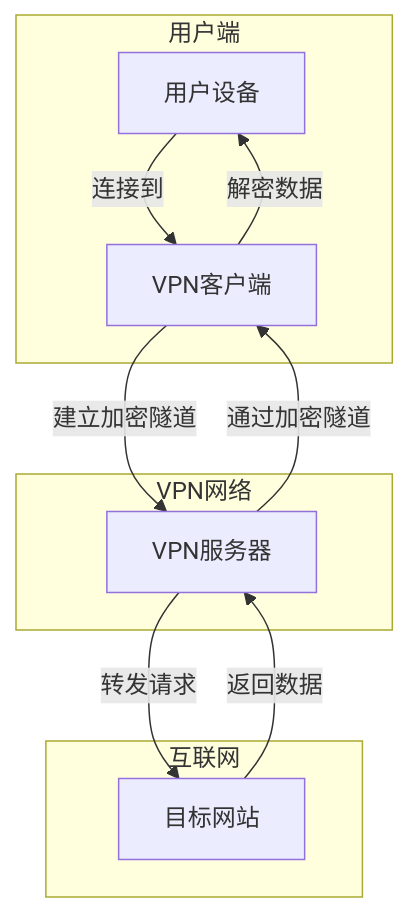
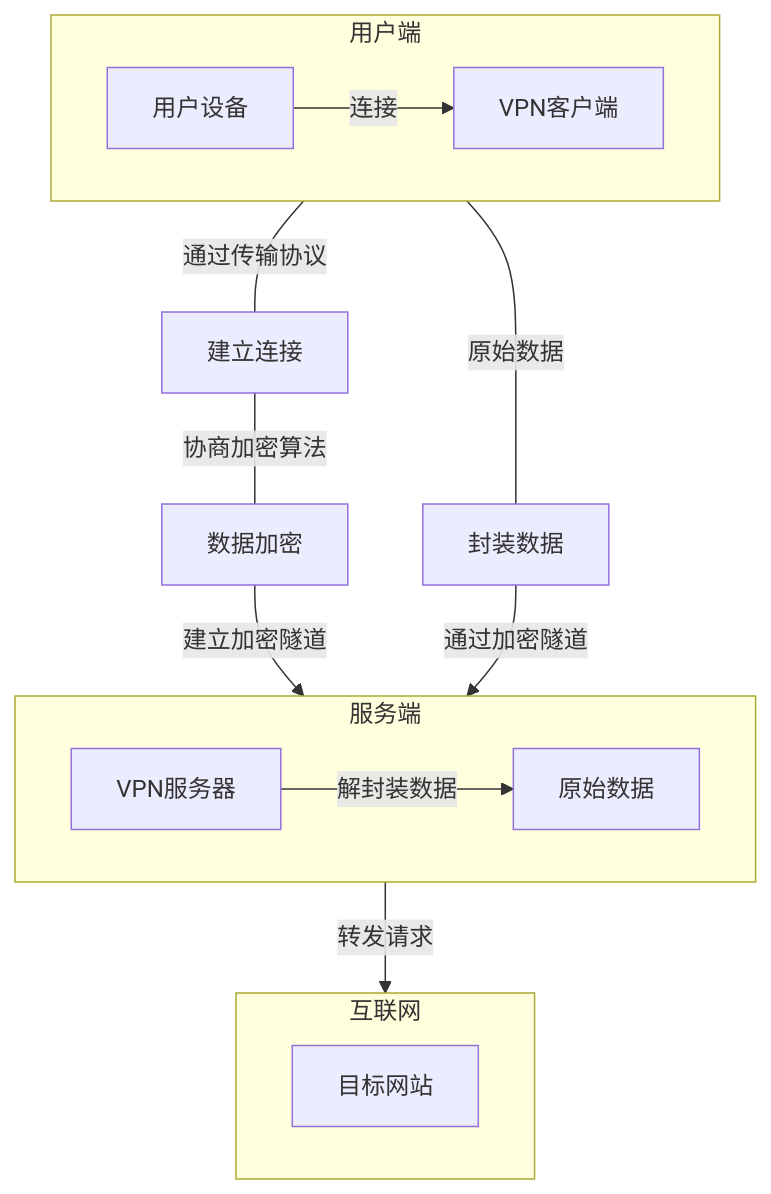
Before and after one commit to baib-web/flowershow: the second of 2 diagrams in content/🛜科学上网/翻墙协议讲解.md, drawn with Mermaid. The commit also changed other lines of this file, not shown here.

````diff
--- a/content/🛜科学上网/翻墙协议讲解.md
+++ b/content/🛜科学上网/翻墙协议讲解.md
@@ -288,41 +245,46 @@
 ```mermaid
 graph TD
 
-    A[用户设备] -->|连接到| B[VPN客户端]
+subgraph 用户端
 
-    B -->|建立加密隧道| C[VPN服务器]
+A[用户设备]
 
-    C -->|转发请求| D[目标网站]
+B[VPN客户端]
 
-    D -->|返回数据| C
+end
 
-    C -->|通过加密隧道| B
+C[建立连接]
 
-    B -->|解密数据| A
+D[数据加密]
 
-  
+subgraph 服务端
 
-    subgraph 用户端
+G[VPN服务器]
 
-        A
+H[原始数据]
 
-        B
+end
 
-    end
+subgraph 互联网
 
-  
+目标网站
 
-    subgraph VPN网络
+end
 
-        C
+A -->|连接| B
 
-    end
+用户端 --- |通过传输协议|C
 
-  
+C ---|协商加密算法| D
 
-    subgraph 互联网
+D --> |建立加密隧道|服务端
 
-        D
+G --> |解封装数据|H
 
-    end
+用户端 --- |原始数据|封装数据
+
+封装数据 --> |通过加密隧道| 服务端
+
+服务端 --> |转发请求|互联网
+
 ```
````
